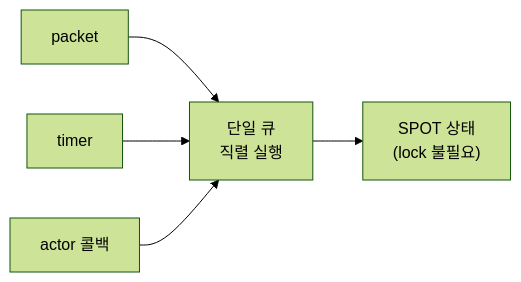
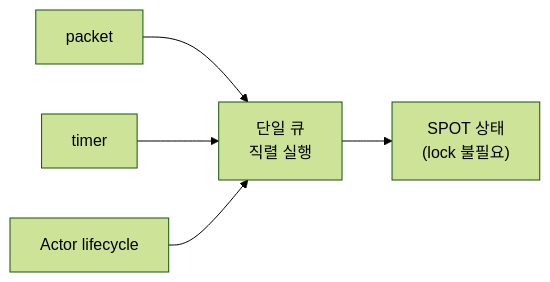
The first of 8 diagrams in framework/doc/framework/cpp/guide/03-concepts.ko.md (kairos-code-dev/zlink), drawn with Mermaid (forest theme) before and after one commit. The commit also changed other lines of this file and 93 other files, not shown here.

````diff
--- a/framework/doc/framework/cpp/guide/03-concepts.ko.md
+++ b/framework/doc/framework/cpp/guide/03-concepts.ko.md
@@ -126,7 +88,7 @@
 ```mermaid
 graph LR
     M1["packet"] --> Q["단일 큐<br/>직렬 실행"]
     M2["timer"] --> Q
-    M3["actor 콜백"] --> Q
+    M3["Actor lifecycle"] --> Q
     Q --> ST["SPOT 상태<br/>(lock 불필요)"]
 ```
````
